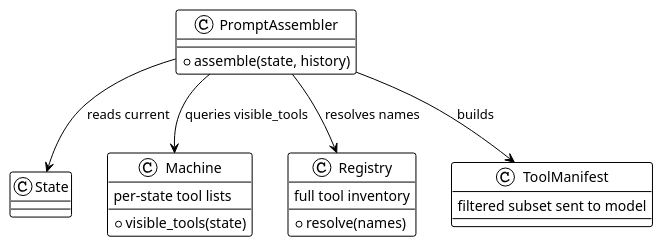
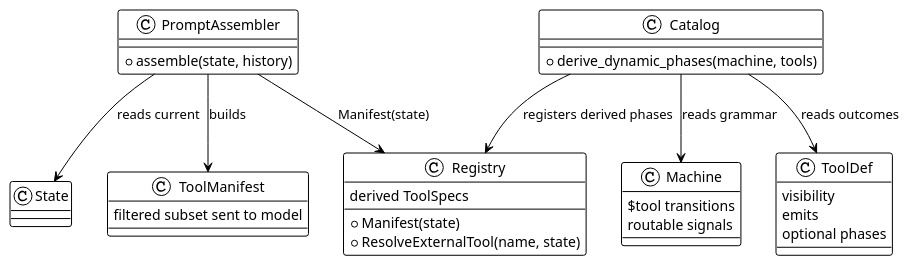
The diagram in design-patterns/figures/fig-16-scoped-toolset-class.puml (Acharya320/declarative-agents), drawn with PlantUML before and after one commit. The commit also changed 5 other files, not shown here.

```diff
--- a/design-patterns/figures/fig-16-scoped-toolset-class.puml
+++ b/design-patterns/figures/fig-16-scoped-toolset-class.puml
@@ -1,28 +1,41 @@
 @startuml
 !theme plain
 
 class State
 
 class Machine {
-  per-state tool lists
-  +visible_tools(state)
+  $tool transitions
+  routable signals
+}
+
+class ToolDef {
+  visibility
+  emits
+  optional phases
+}
+
+class Catalog {
+  +derive_dynamic_phases(machine, tools)
 }
 
 class Registry {
-  full tool inventory
-  +resolve(names)
+  derived ToolSpecs
+  +Manifest(state)
+  +ResolveExternalTool(name, state)
 }
 
 class PromptAssembler {
   +assemble(state, history)
 }
 
 class ToolManifest {
   filtered subset sent to model
 }
 
+Catalog --> Machine : reads grammar
+Catalog --> ToolDef : reads outcomes
+Catalog --> Registry : registers derived phases
 PromptAssembler --> State : reads current
-PromptAssembler --> Machine : queries visible_tools
-PromptAssembler --> Registry : resolves names
+PromptAssembler --> Registry : Manifest(state)
 PromptAssembler --> ToolManifest : builds
 @enduml
```
